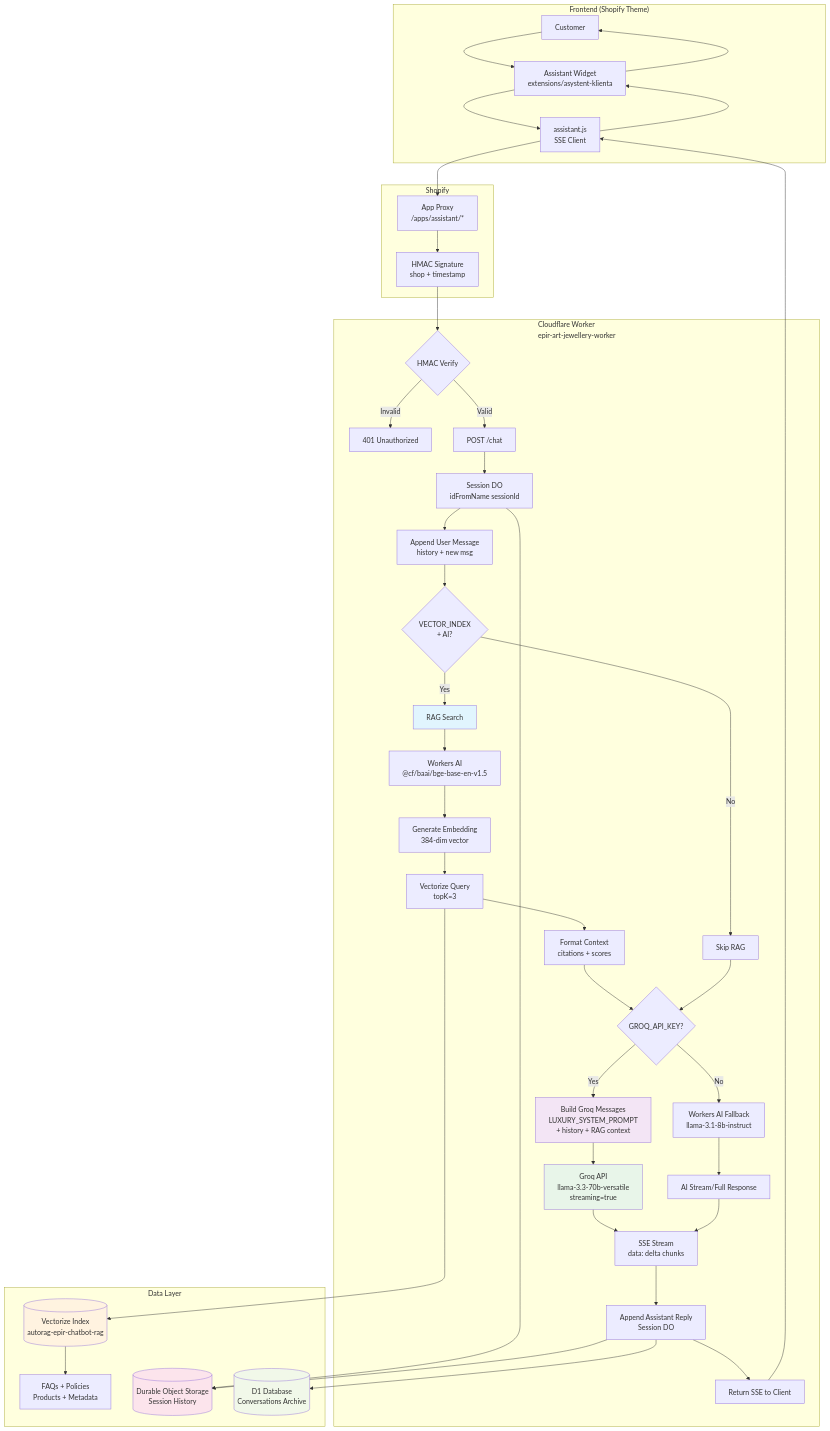
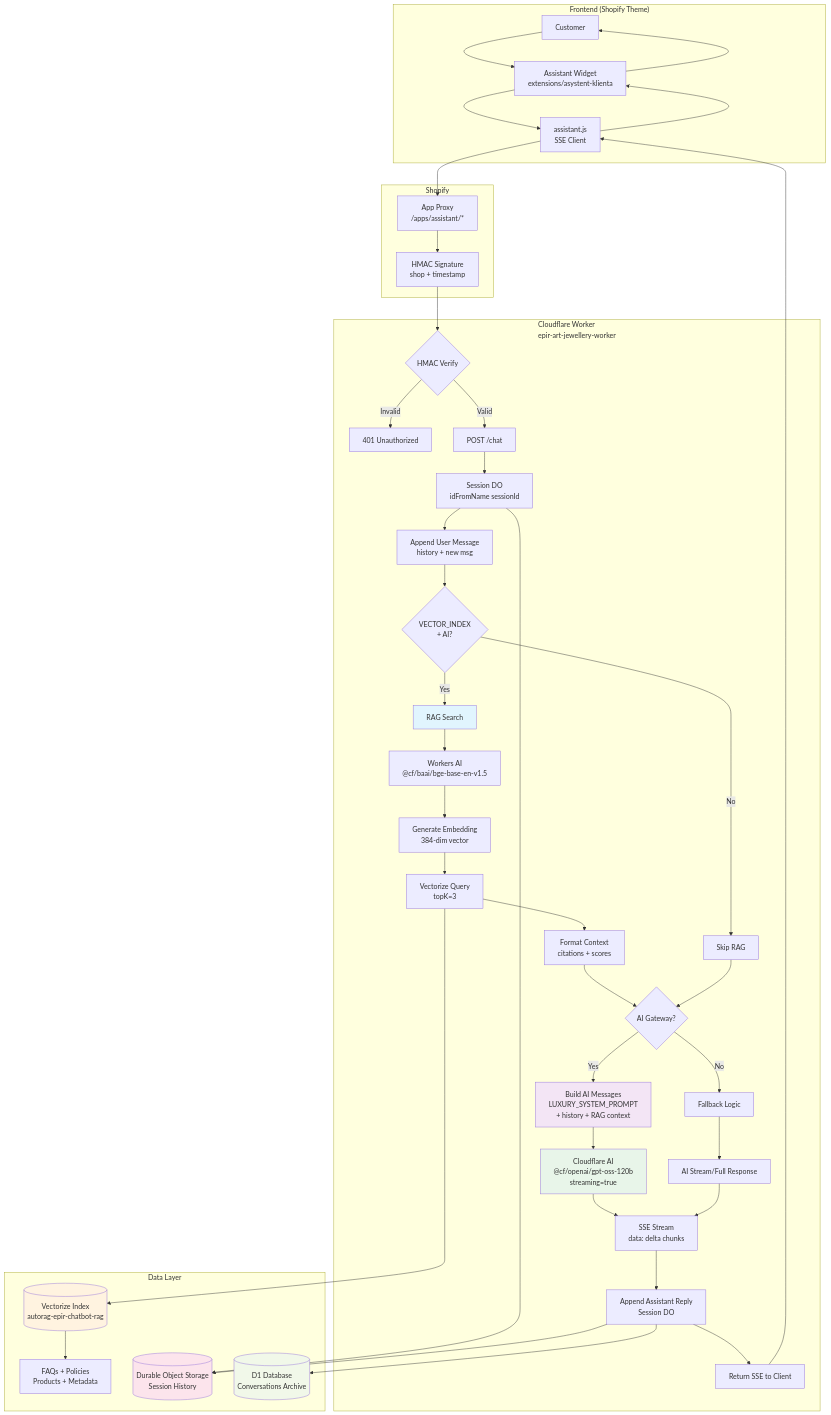
Before and after one commit to EPIRjewelry/asystent_epir_new: the diagram in ARCHITECTURE_FLOW.md, drawn with Mermaid. The commit also changed other lines of this file and 20 other files, not shown here.

````diff
--- a/ARCHITECTURE_FLOW.md
+++ b/ARCHITECTURE_FLOW.md
@@ -5,66 +5,66 @@
 ```mermaid
 graph TB
     subgraph "Frontend (Shopify Theme)"
         A[Customer] --> B[Assistant Widget<br/>extensions/asystent-klienta]
         B --> C[assistant.js<br/>SSE Client]
     end
     
     subgraph "Shopify"
         C --> D[App Proxy<br/>/apps/assistant/*]
         D --> E[HMAC Signature<br/>shop + timestamp]
     end
     
     subgraph "Cloudflare Worker<br/>epir-art-jewellery-worker"
         E --> F{HMAC Verify}
         F -->|Invalid| G[401 Unauthorized]
         F -->|Valid| H[POST /chat]
         
         H --> I[Session DO<br/>idFromName sessionId]
         I --> J[Append User Message<br/>history + new msg]
         
         J --> K{VECTOR_INDEX<br/>+ AI?}
         K -->|Yes| L[RAG Search]
         K -->|No| M[Skip RAG]
         
         L --> N[Workers AI<br/>@cf/baai/bge-base-en-v1.5]
         N --> O[Generate Embedding<br/>384-dim vector]
         O --> P[Vectorize Query<br/>topK=3]
         P --> Q[Format Context<br/>citations + scores]
         
-        Q --> R{GROQ_API_KEY?}
+        Q --> R{AI Gateway?}
         M --> R
         
-        R -->|Yes| S[Build Groq Messages<br/>LUXURY_SYSTEM_PROMPT<br/>+ history + RAG context]
-        R -->|No| T[Workers AI Fallback<br/>llama-3.1-8b-instruct]
+        R -->|Yes| S[Build AI Messages<br/>LUXURY_SYSTEM_PROMPT<br/>+ history + RAG context]
+        R -->|No| T[Fallback Logic]
         
-        S --> U[Groq API<br/>llama-3.3-70b-versatile<br/>streaming=true]
+        S --> U[Cloudflare AI<br/>@cf/openai/gpt-oss-120b<br/>streaming=true]
         U --> V[SSE Stream<br/>data: delta chunks]
         
         T --> W[AI Stream/Full Response]
         W --> V
         
         V --> X[Append Assistant Reply<br/>Session DO]
         X --> Y[Return SSE to Client]
     end
     
     subgraph "Data Layer"
         P --> Z[(Vectorize Index<br/>autorag-epir-chatbot-rag)]
         Z --> AA[FAQs + Policies<br/>Products + Metadata]
         
         I --> AB[(Durable Object Storage<br/>Session History)]
         X --> AB
         
         X --> AC[(D1 Database<br/>Conversations Archive)]
     end
     
     Y --> C
     C --> B
     B --> A
     
     style L fill:#e1f5fe
     style S fill:#f3e5f5
     style U fill:#e8f5e9
     style Z fill:#fff3e0
     style AB fill:#fce4ec
     style AC fill:#f1f8e9
 ```
````
